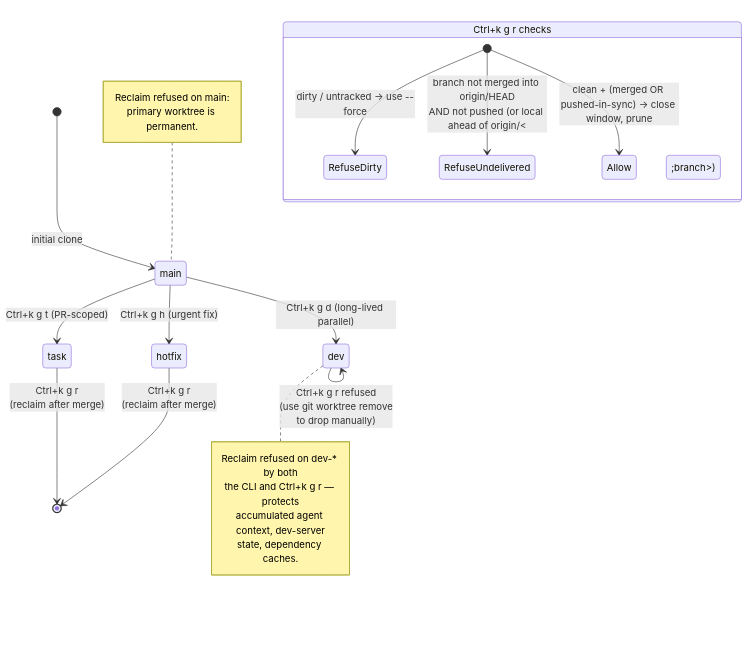
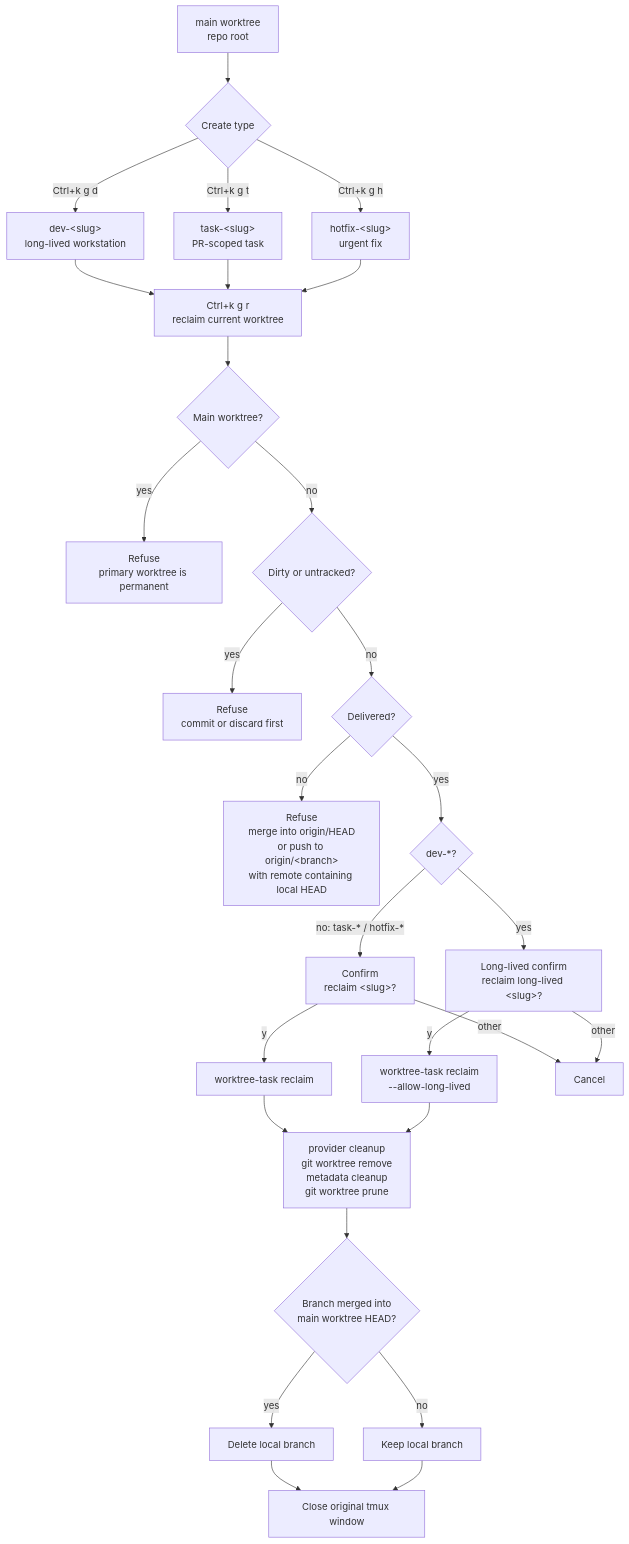
One commit to yunsii/wezdeck changed the second of 2 diagrams in docs/workspaces.md. Above: the diagram before and after it, drawn with Mermaid. The commit also changed other lines of this file and 14 other files, not shown here.

First line of the commit message:
feat(worktree): 重构 quick-create 命名和确认流程

````diff
--- a/docs/workspaces.md
+++ b/docs/workspaces.md
@@ -87,29 +87,40 @@
 ```mermaid
-stateDiagram-v2
-  [*] --> main: initial clone
-  main --> dev: Ctrl+k g d (long-lived parallel)
-  main --> task: Ctrl+k g t (PR-scoped)
-  main --> hotfix: Ctrl+k g h (urgent fix)
+flowchart TD
+  A["main worktree<br/>repo root"] --> B{"Create type"}
 
-  task --> [*]: Ctrl+k g r<br/>(reclaim after merge)
-  hotfix --> [*]: Ctrl+k g r<br/>(reclaim after merge)
-  dev --> dev: Ctrl+k g r refused<br/>(use git worktree remove<br/>to drop manually)
+  B -->|"Ctrl+k g d"| D["dev-&lt;slug&gt;<br/>long-lived workstation"]
+  B -->|"Ctrl+k g t"| T["task-&lt;slug&gt;<br/>PR-scoped task"]
+  B -->|"Ctrl+k g h"| H["hotfix-&lt;slug&gt;<br/>urgent fix"]
 
-  note right of dev
-    Reclaim refused on dev-* by both
-    the CLI and Ctrl+k g r — protects
-    accumulated agent context, dev-server
-    state, dependency caches.
-  end note
+  D --> R["Ctrl+k g r<br/>reclaim current worktree"]
+  T --> R
+  H --> R
 
-  note left of main
-    Reclaim refused on main:
-    primary worktree is permanent.
-  end note
+  R --> C1{"Main worktree?"}
+  C1 -->|"yes"| X1["Refuse<br/>primary worktree is permanent"]
+  C1 -->|"no"| C2{"Dirty or untracked?"}
 
-  state "Ctrl+k g r checks" as RC {
-    [*] --> RefuseDirty: dirty / untracked → use --force
-    [*] --> RefuseUndelivered: branch not merged into origin/HEAD<br/>AND not pushed (or local ahead of origin/&lt;branch&gt;)
-    [*] --> Allow: clean + (merged OR pushed-in-sync) → close window, prune
-  }
+  C2 -->|"yes"| X2["Refuse<br/>commit or discard first"]
+  C2 -->|"no"| C3{"Delivered?"}
+
+  C3 -->|"no"| X3["Refuse<br/>merge into origin/HEAD<br/>or push to origin/&lt;branch&gt;<br/>with remote containing local HEAD"]
+  C3 -->|"yes"| C4{"dev-*?"}
+
+  C4 -->|"no: task-* / hotfix-*"| Y1["Confirm<br/>reclaim &lt;slug&gt;?"]
+  C4 -->|"yes"| Y2["Long-lived confirm<br/>reclaim long-lived &lt;slug&gt;?"]
+
+  Y1 -->|"y"| Z1["worktree-task reclaim"]
+  Y2 -->|"y"| Z2["worktree-task reclaim<br/>--allow-long-lived"]
+  Y1 -->|"other"| K["Cancel"]
+  Y2 -->|"other"| K
+
+  Z1 --> W["provider cleanup<br/>git worktree remove<br/>metadata cleanup<br/>git worktree prune"]
+  Z2 --> W
+
+  W --> Q{"Branch merged into<br/>main worktree HEAD?"}
+  Q -->|"yes"| BD["Delete local branch"]
+  Q -->|"no"| BK["Keep local branch"]
+
+  BD --> END["Close original tmux window"]
+  BK --> END
 ```
````
